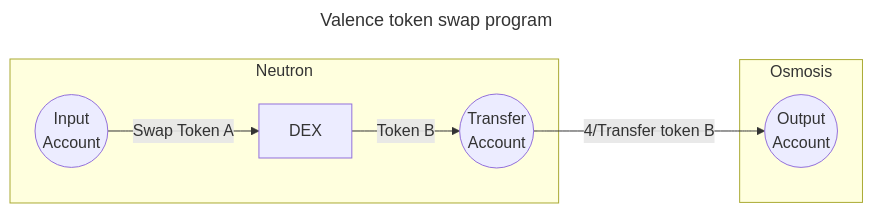
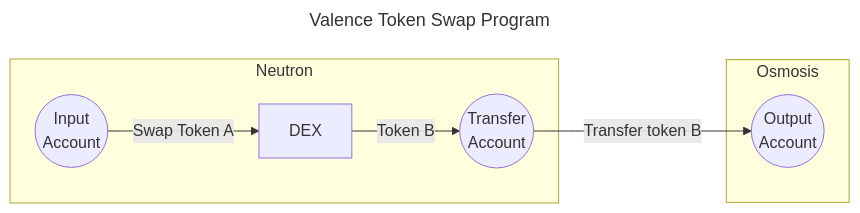
One commit to timewave-computer/valence-protocol changed the diagram in docs/src/components/accounts.md. Above: the diagram before and after it, drawn with Mermaid. The commit also changed other lines of this file, not shown here.

````diff
--- a/docs/src/components/accounts.md
+++ b/docs/src/components/accounts.md
@@ -15,20 +15,20 @@
 ```mermaid
 ---
-title: Valence token swap program
+title: Valence Token Swap Program
 ---
 graph LR
   IA((Input
     Account))
   TA((Transfer
     Account))
   OA((Output
 	Account))
   DEX
   subgraph Neutron
   IA -- Swap Token A --> DEX
   DEX -- Token B --> TA
   end
   subgraph Osmosis
-  TA -- 4/Transfer token B --> OA
+  TA -- Transfer token B --> OA
   end
 ```
````
